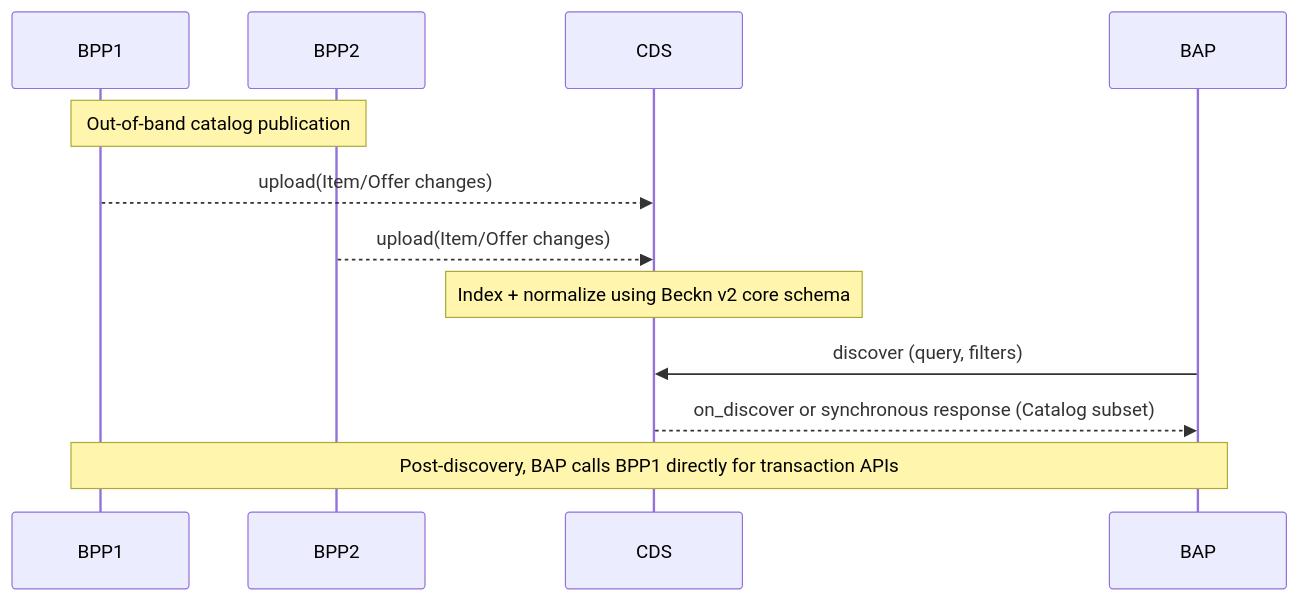
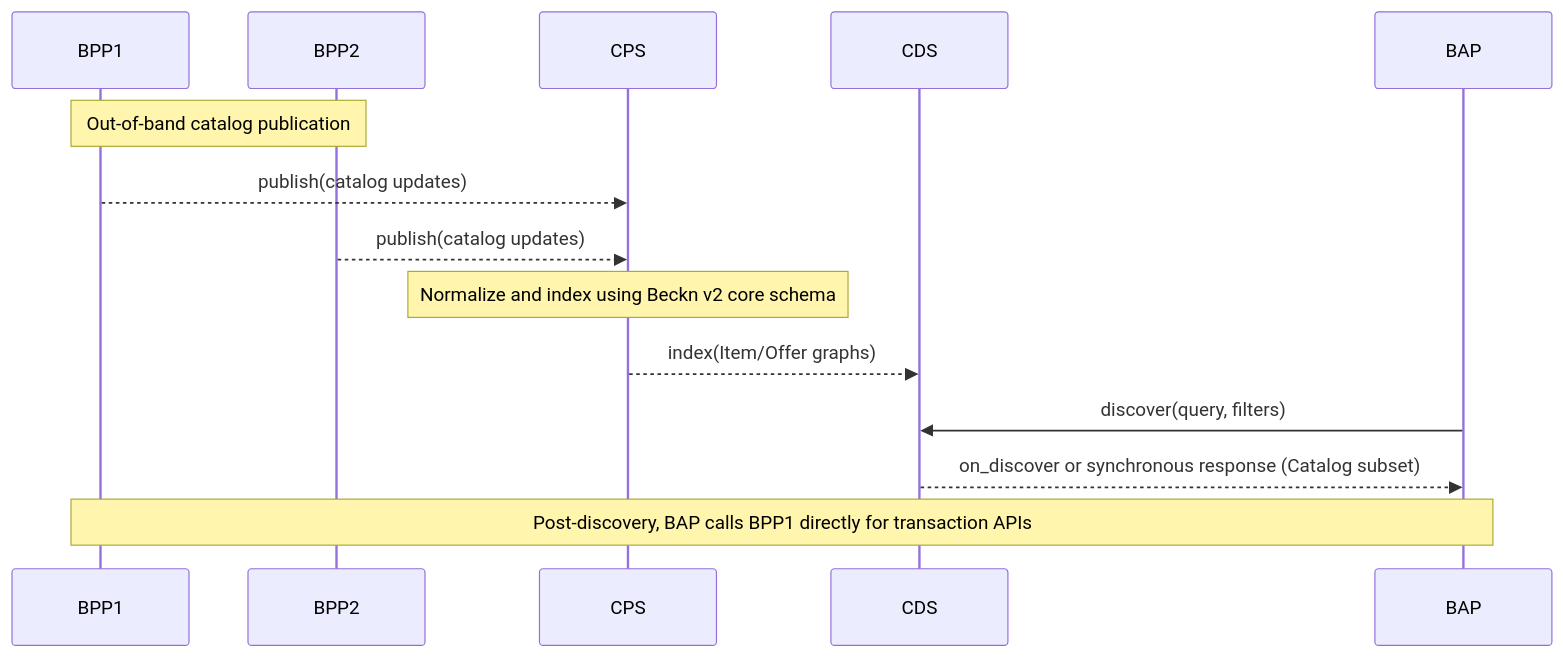
One commit to beckn/protocol-specifications-v2 changed the second of 2 diagrams in README.md. Above: the diagram before and after it, drawn with Mermaid. The commit also changed other lines of this file and 2 other files, not shown here.

Commit message:
docs: overhaul READMEs — repo, api/v2.0.1, and schema/v2.0.1

````diff
--- a/README.md
+++ b/README.md
@@ -153,14 +167,16 @@
 ```mermaid
 sequenceDiagram
     participant BPP1
     participant BPP2
+    participant CPS
     participant CDS
     participant BAP
     Note over BPP1,BPP2: Out-of-band catalog publication
-    BPP1-->>CDS: upload(Item/Offer changes)
-    BPP2-->>CDS: upload(Item/Offer changes)
-    Note over CDS: Index + normalize using Beckn v2 core schema
-    BAP->>CDS: discover (query, filters)
+    BPP1-->>CPS: publish(catalog updates)
+    BPP2-->>CPS: publish(catalog updates)
+    Note over CPS: Normalize and index using Beckn v2 core schema
+    CPS-->>CDS: index(Item/Offer graphs)
+    BAP->>CDS: discover(query, filters)
     CDS-->>BAP: on_discover or synchronous response (Catalog subset)
     Note over BAP,BPP1: Post-discovery, BAP calls BPP1 directly for transaction APIs
 ```
````
